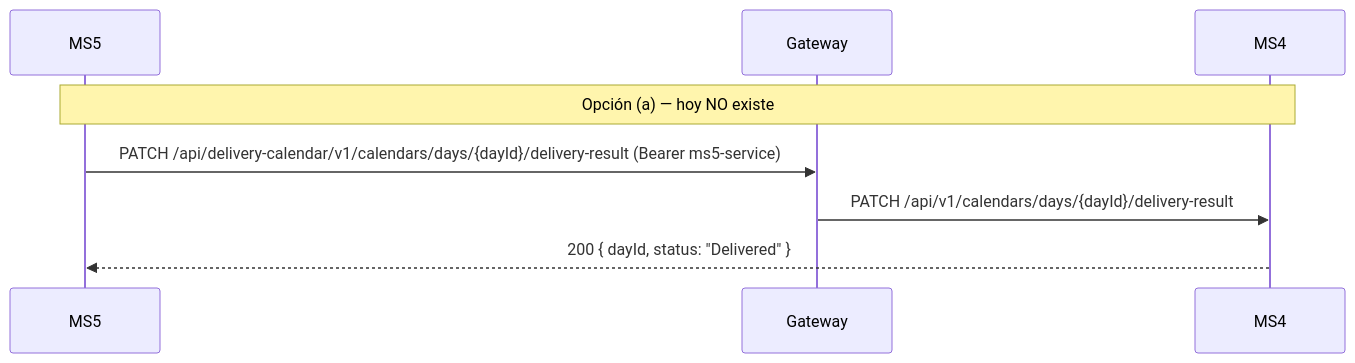
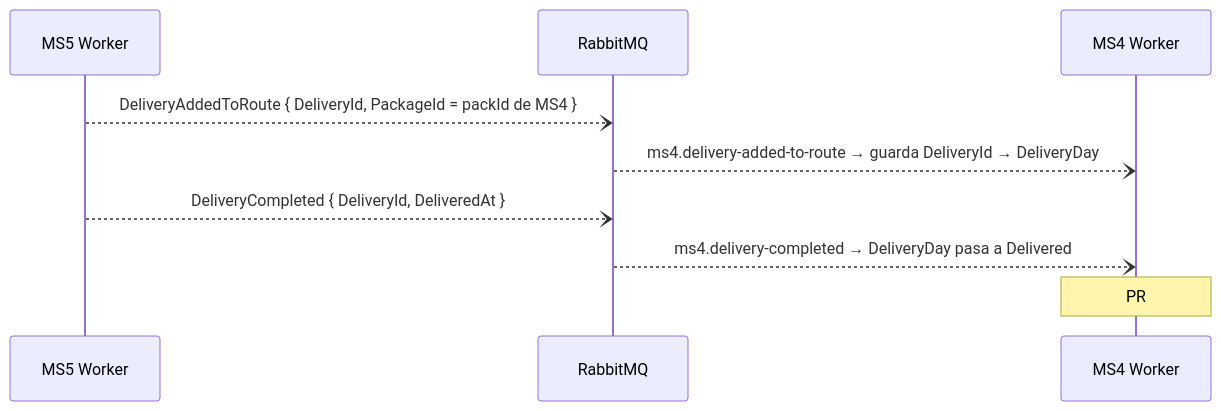
The fourth of 4 diagrams in services/ms5-logistics/flows.md (Nur-tricenter/knowledge), drawn with Mermaid before and after one commit. The commit also changed other lines of this file and 7 other files, not shown here.

````diff
--- a/services/ms5-logistics/flows.md
+++ b/services/ms5-logistics/flows.md
@@ -147,10 +146,11 @@
 ```mermaid
 sequenceDiagram
-  participant MS5
-  participant GW as Gateway
-  participant MS4
-  Note over MS5,MS4: Opción (a) — hoy NO existe
-  MS5->>GW: PATCH /api/delivery-calendar/v1/calendars/days/{dayId}/delivery-result (Bearer ms5-service)
-  GW->>MS4: PATCH /api/v1/calendars/days/{dayId}/delivery-result
-  MS4-->>MS5: 200 { dayId, status: "Delivered" }
+  participant MS5 as MS5 Worker
+  participant MQ as RabbitMQ
+  participant MS4 as MS4 Worker
+  MS5--)MQ: DeliveryAddedToRoute { DeliveryId, PackageId = packId de MS4 }
+  MQ--)MS4: ms4.delivery-added-to-route → guarda DeliveryId → DeliveryDay
+  MS5--)MQ: DeliveryCompleted { DeliveryId, DeliveredAt }
+  MQ--)MS4: ms4.delivery-completed → DeliveryDay pasa a Delivered
+  Note over MS4: PR #3 de MS4 pendiente de merge
 ```
````
